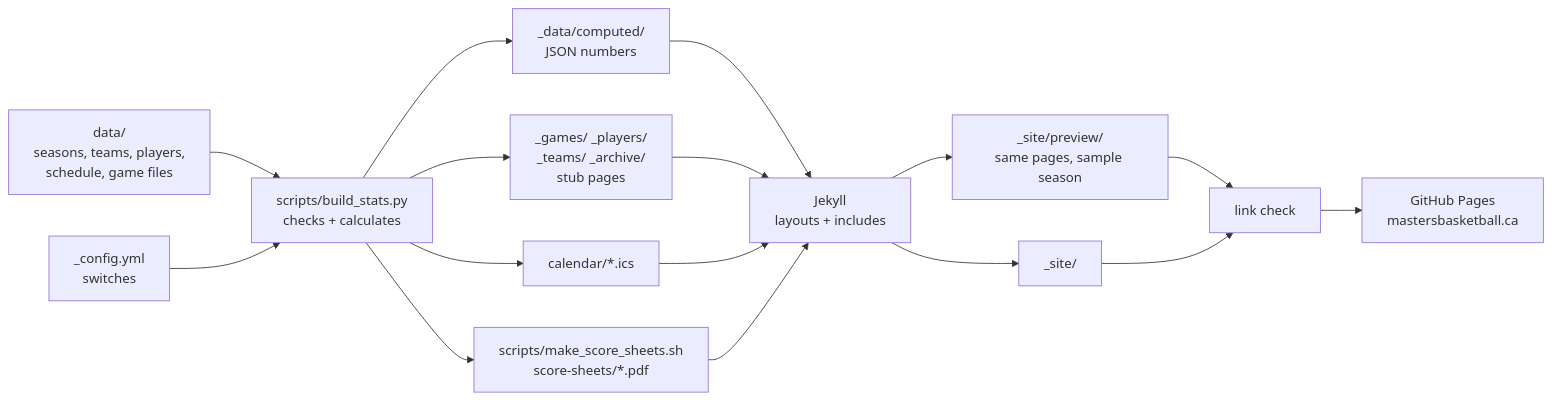
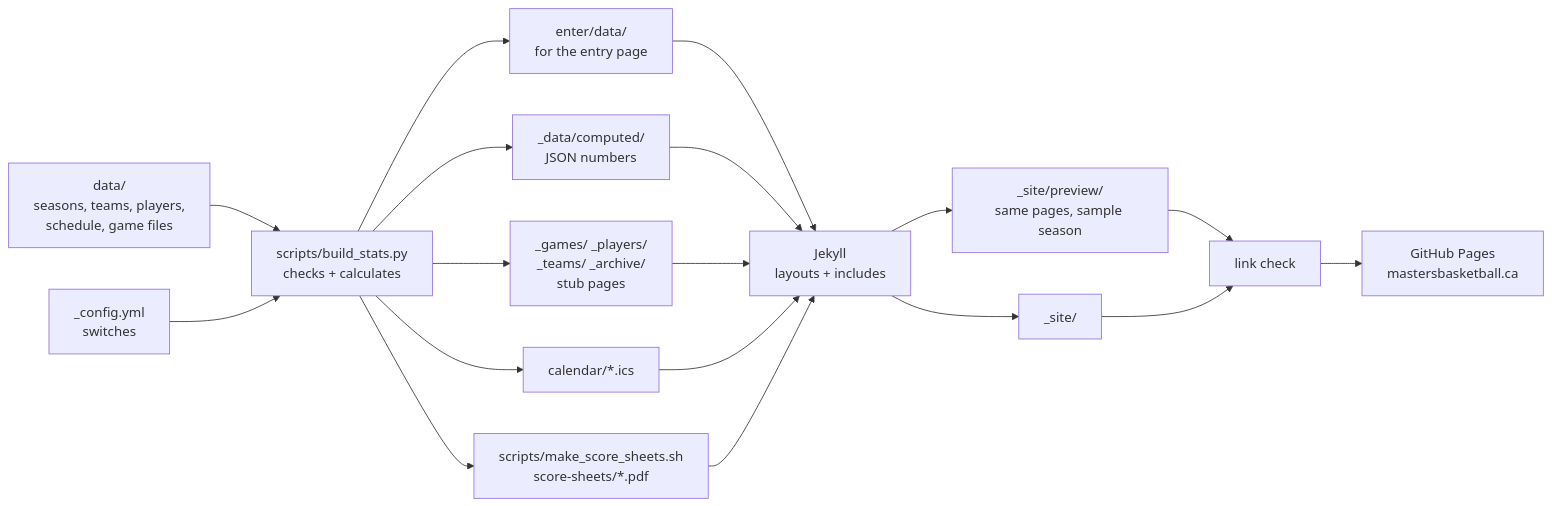
Before and after one commit to tb-masters-basketball/website: the diagram in README.md, drawn with Mermaid. The commit also changed other lines of this file and 23 other files, not shown here.

````diff
--- a/README.md
+++ b/README.md
@@ -142,18 +196,20 @@
 ```mermaid
 flowchart LR
     A["data/<br/>seasons, teams, players,<br/>schedule, game files"] --> B["scripts/build_stats.py<br/>checks + calculates"]
     C["_config.yml<br/>switches"] --> B
     B --> D["_data/computed/<br/>JSON numbers"]
     B --> E["_games/ _players/<br/>_teams/ _archive/<br/>stub pages"]
     B --> F["calendar/*.ics"]
+    B --> EN["enter/data/<br/>for the entry page"]
+    EN --> G
     B --> S["scripts/make_score_sheets.sh<br/>score-sheets/*.pdf"]
     D --> G["Jekyll<br/>layouts + includes"]
     E --> G
     F --> G
     S --> G
     G --> H["_site/"]
     G --> PV["_site/preview/<br/>same pages, sample season"]
     PV --> I
     H --> I["link check"]
     I --> J["GitHub Pages<br/>mastersbasketball.ca"]
 ```
````
